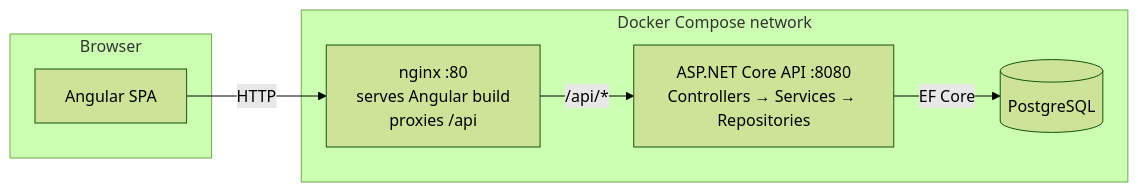
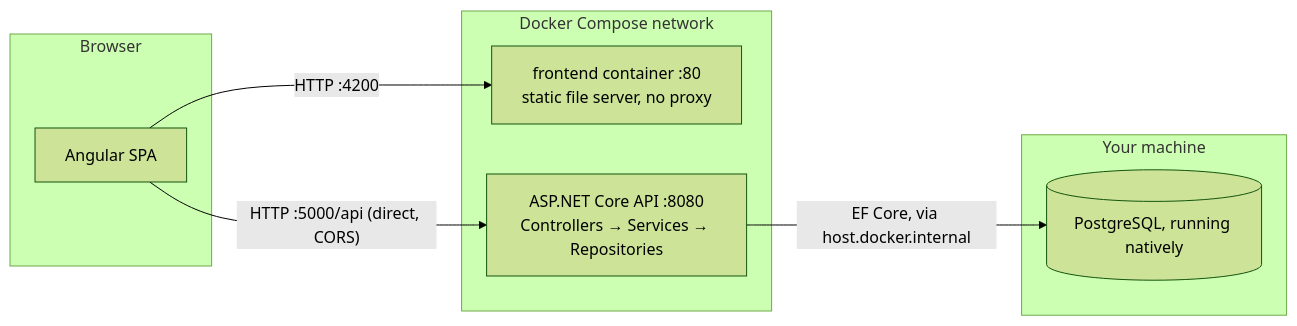
One commit to imdesai00/demoproject changed the diagram in README.md. Above: the diagram before and after it, drawn with Mermaid (forest theme). The commit also changed other lines of this file and 5 other files, not shown here.

First line of the commit message:
Use local host PostgreSQL instead of a Postgres container; drop nginx

````diff
--- a/README.md
+++ b/README.md
@@ -46,16 +46,19 @@
 ```mermaid
 flowchart LR
     subgraph Browser
         UI[Angular SPA]
     end
 
     subgraph "Docker Compose network"
-        FE[nginx :80<br/>serves Angular build<br/>proxies /api]
+        FE[frontend container :80<br/>static file server, no proxy]
         BE[ASP.NET Core API :8080<br/>Controllers → Services → Repositories]
-        DB[(PostgreSQL)]
     end
 
-    UI -- HTTP --> FE
-    FE -- "/api/*" --> BE
-    BE -- EF Core --> DB
+    subgraph "Your machine"
+        DB[(PostgreSQL, running natively)]
+    end
+
+    UI -- "HTTP :4200" --> FE
+    UI -- "HTTP :5000/api (direct, CORS)" --> BE
+    BE -- "EF Core, via host.docker.internal" --> DB
 ```
````
